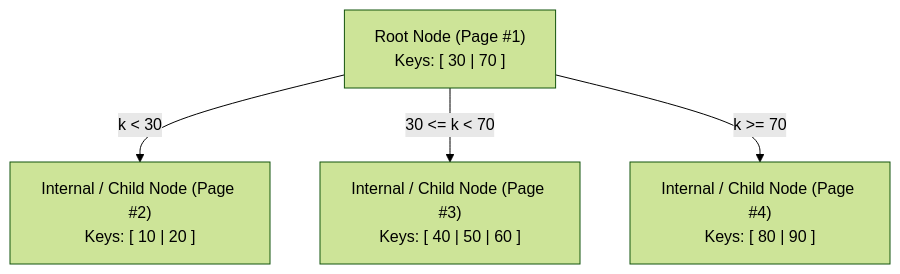
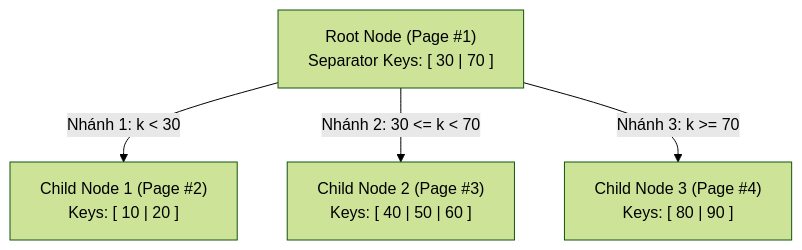
Before and after one commit to namaewanam/namaewanam.github.io: the first of 6 diagrams in docs/Database-Internals-Notes/database-internals-chapter2.vi.md, drawn with Mermaid (forest theme). The commit also changed other lines of this file and 29 other files, not shown here.

````diff
--- a/docs/Database-Internals-Notes/database-internals-chapter2.vi.md
+++ b/docs/Database-Internals-Notes/database-internals-chapter2.vi.md
@@ -49,7 +63,7 @@
 ```mermaid
 flowchart TB
-    Root["Root Node (Page #1)<br/>Keys: [ 30  |  70 ]"]
-    Root -->|"k < 30"| L1["Internal / Child Node (Page #2)<br/>Keys: [ 10 | 20 ]"]
-    Root -->|"30 <= k < 70"| L2["Internal / Child Node (Page #3)<br/>Keys: [ 40 | 50 | 60 ]"]
-    Root -->|"k >= 70"| L3["Internal / Child Node (Page #4)<br/>Keys: [ 80 | 90 ]"]
+    Root["Root Node (Page #1)<br/>Separator Keys: [ 30  |  70 ]"]
+    Root -->|"Nhánh 1: k < 30"| L1["Child Node 1 (Page #2)<br/>Keys: [ 10 | 20 ]"]
+    Root -->|"Nhánh 2: 30 <= k < 70"| L2["Child Node 2 (Page #3)<br/>Keys: [ 40 | 50 | 60 ]"]
+    Root -->|"Nhánh 3: k >= 70"| L3["Child Node 3 (Page #4)<br/>Keys: [ 80 | 90 ]"]
 ```
````
